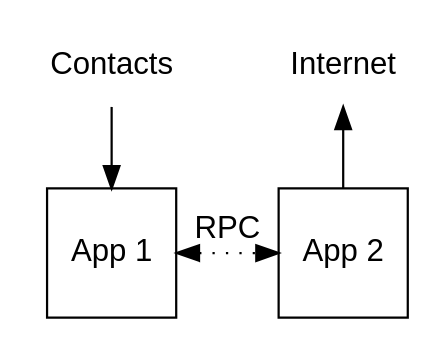
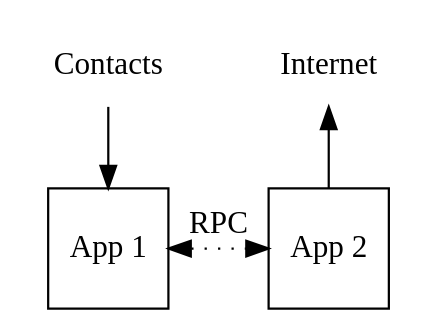
Before and after one commit to bogwonch/first-year-report: the diagram in img/collusion.dot, drawn with Graphviz. The commit also changed 21 other files, not shown here.

```diff
--- a/img/collusion.dot
+++ b/img/collusion.dot
@@ -1,16 +1,16 @@
 digraph Collusion {
-  Contacts [shape=none fontname=Helvetica];
-  Internet [shape=none fontname=Helvetica];
+  Contacts [shape=none fontname="LMSans10-Regular"];
+  Internet [shape=none fontname="LMSans10-Regular"];
 
-  A [label="App 1" shape=square fontname=Helvetica];
-  B [label="App 2" shape=square fontname=Helvetica];
+  A [label="App 1" shape=square fontname="LMSans10-Regular"];
+  B [label="App 2" shape=square fontname="LMSans10-Regular"];
 
   Contacts -> A;
   Internet -> B [dir=back];
 
-  A -> B [dir=both label=RPC style=dotted fontname=Helvetica];
+  A -> B [dir=both label=RPC style=dotted fontname="LMSans10-Regular"];
 
   {rank=same Contacts Internet}
   {rank=source Contacts Internet}
   {rank=same A B}
 }
```
